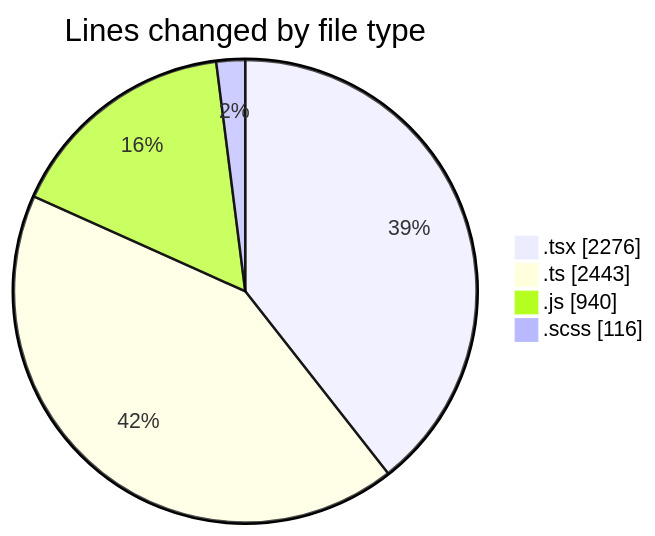
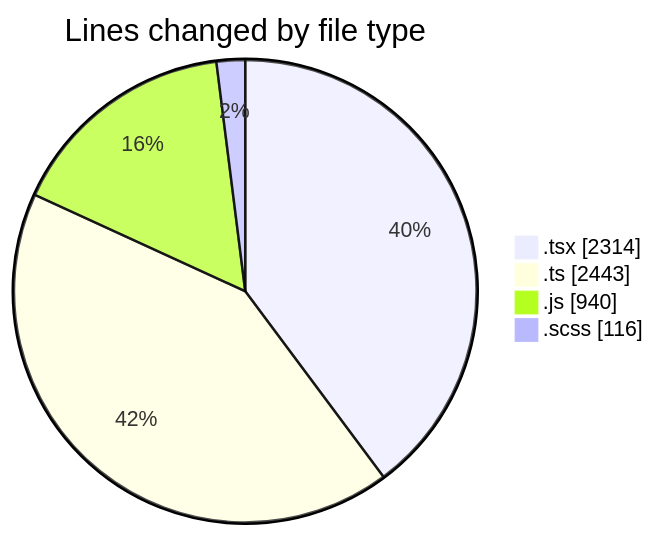
The first of 2 diagrams in 2026-07-16/cda/README.md (momahboobian/code-tracking), drawn with Mermaid before and after one commit. The commit also changed other lines of this file and 1 other file, not shown here.

````diff
--- a/2026-07-16/cda/README.md
+++ b/2026-07-16/cda/README.md
@@ -50,8 +50,8 @@
 ```mermaid
 pie showData
 title Lines changed by file type
-".tsx" : 2276
+".tsx" : 2314
 ".ts" : 2443
 ".js" : 940
 ".scss" : 116
 ```
````
